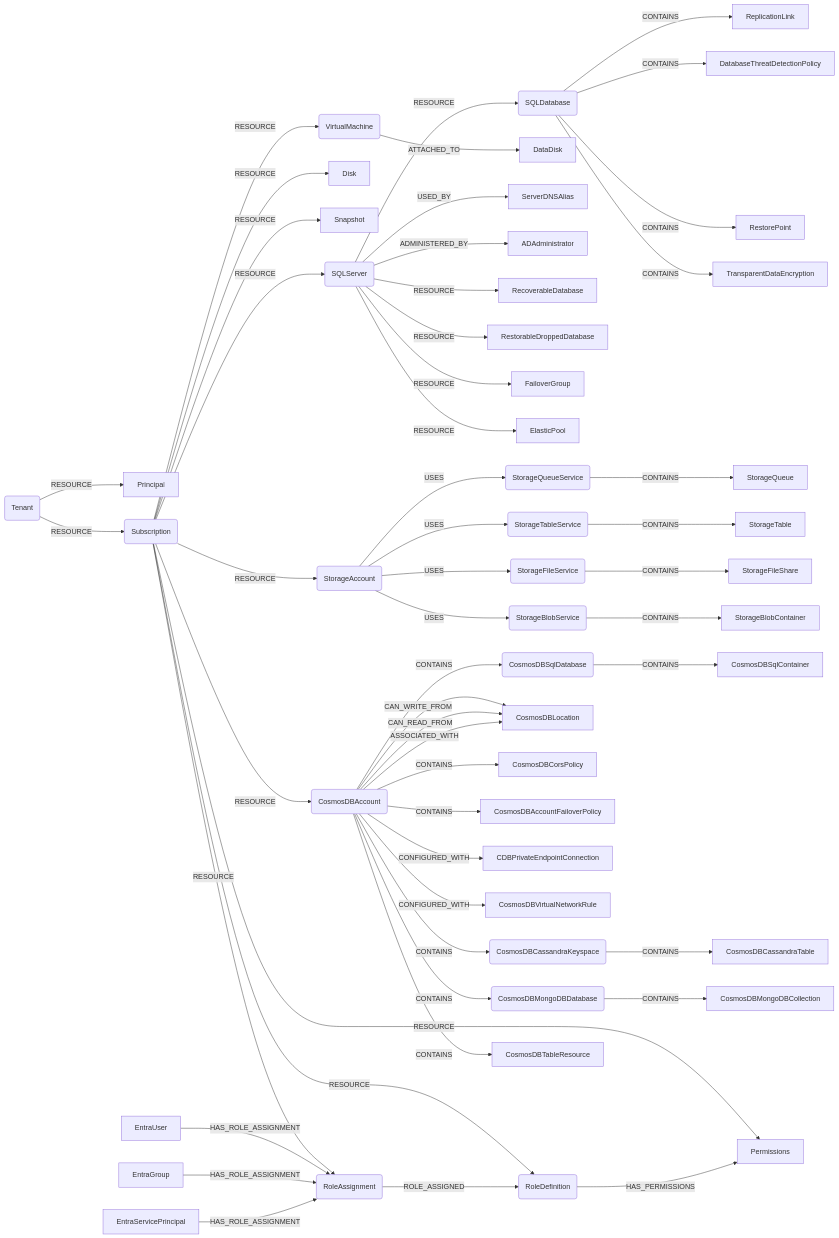
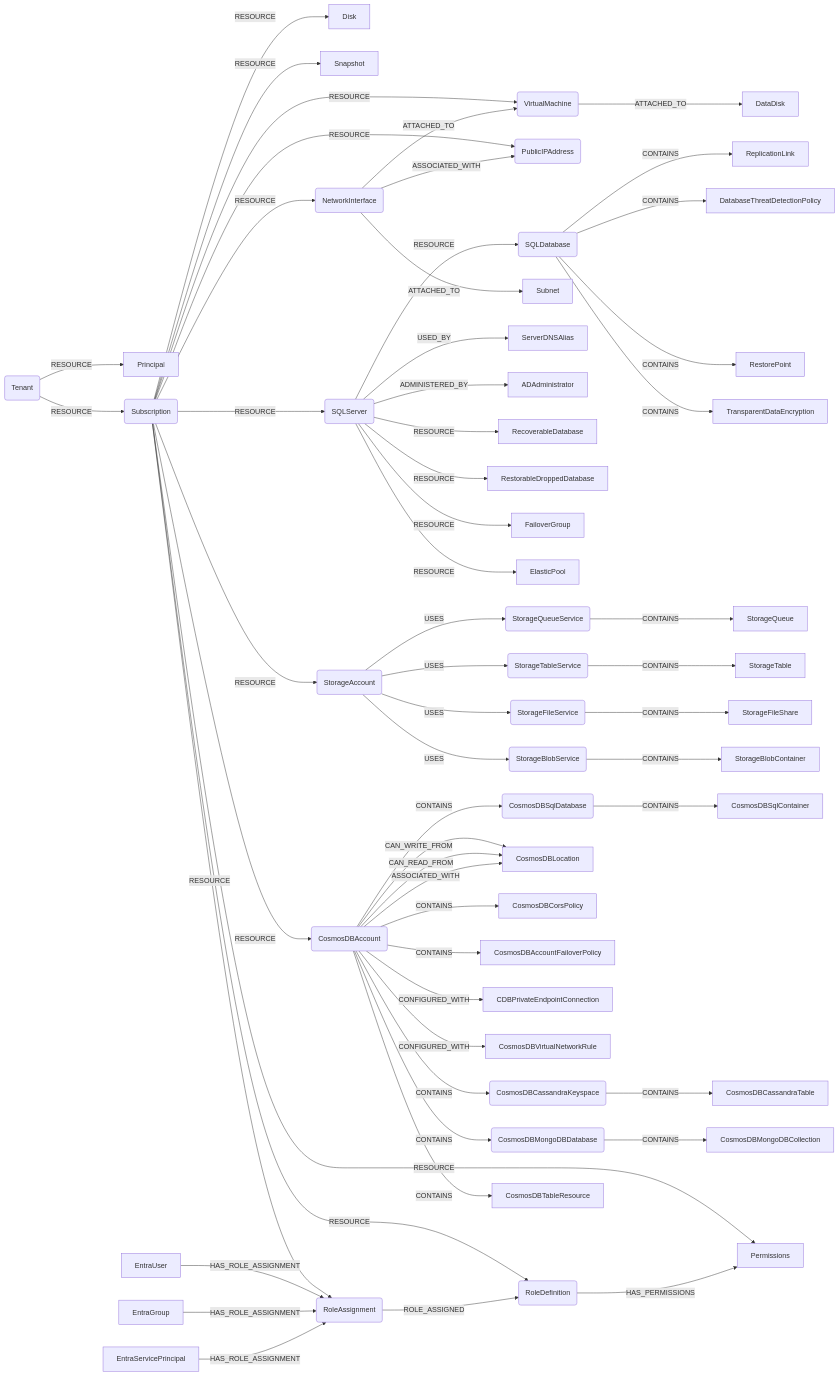
Before and after one commit to sec-js/cartography: the diagram in docs/root/modules/azure/schema.md, drawn with Mermaid. The commit also changed other lines of this file and 6 other files, not shown here.

First line of the commit message:
feat(azure): Add Azure network interface and public IP ingestion (#2144)

````diff
--- a/docs/root/modules/azure/schema.md
+++ b/docs/root/modules/azure/schema.md
@@ -3,53 +3,58 @@
 ```mermaid
 graph LR
 T(Tenant) -- RESOURCE --> Principal
 T -- RESOURCE --> S(Subscription)
 S -- RESOURCE --> VM(VirtualMachine)
 S -- RESOURCE --> Disk
 S -- RESOURCE --> Snapshot
 S -- RESOURCE --> SQL(SQLServer)
 S -- RESOURCE --> SA(StorageAccount)
 S -- RESOURCE --> CA(CosmosDBAccount)
+S -- RESOURCE --> NIC(NetworkInterface)
+S -- RESOURCE --> PIP(PublicIPAddress)
 S -- RESOURCE --> RA(RoleAssignment)
 S -- RESOURCE --> RD(RoleDefinition)
 S -- RESOURCE --> Permissions
 RA -- ROLE_ASSIGNED --> RD
 RD -- HAS_PERMISSIONS --> Permissions
 EntraUser -- HAS_ROLE_ASSIGNMENT --> RA
 EntraGroup -- HAS_ROLE_ASSIGNMENT --> RA
 EntraServicePrincipal -- HAS_ROLE_ASSIGNMENT --> RA
 VM -- ATTACHED_TO --> DataDisk
+NIC -- ATTACHED_TO --> VM
+NIC -- ATTACHED_TO --> Subnet
+NIC -- ASSOCIATED_WITH --> PIP
 SQL -- USED_BY --> ServerDNSAlias
 SQL -- ADMINISTERED_BY --> ADAdministrator
 SQL -- RESOURCE --> RecoverableDatabase
 SQL -- RESOURCE --> RestorableDroppedDatabase
 SQL -- RESOURCE --> FailoverGroup
 SQL -- RESOURCE --> ElasticPool
 SQL -- RESOURCE --> DB(SQLDatabase)
 DB -- CONTAINS --> ReplicationLink
 DB -- CONTAINS --> DatabaseThreatDetectionPolicy
 DB -- CONTAINS --> RestorePoint
 DB -- CONTAINS --> TransparentDataEncryption
 SA -- USES --> SQS(StorageQueueService)
 SA -- USES --> STS(StorageTableService)
 SA -- USES --> SFS(StorageFileService)
 SA -- USES --> SBS(StorageBlobService)
 SQS -- CONTAINS --> StorageQueue
 STS -- CONTAINS --> StorageTable
 SFS -- CONTAINS --> StorageFileShare
 SBS -- CONTAINS --> StorageBlobContainer
 CA -- CAN_WRITE_FROM --> CosmosDBLocation
 CA -- CAN_READ_FROM --> CosmosDBLocation
 CA -- ASSOCIATED_WITH --> CosmosDBLocation
 CA -- CONTAINS --> CosmosDBCorsPolicy
 CA -- CONTAINS --> CosmosDBAccountFailoverPolicy
 CA -- CONFIGURED_WITH --> CDBPrivateEndpointConnection
 CA -- CONFIGURED_WITH --> CosmosDBVirtualNetworkRule
 CA -- CONTAINS --> CSQL(CosmosDBSqlDatabase)
 CA -- CONTAINS --> CCA(CosmosDBCassandraKeyspace)
 CA -- CONTAINS --> CM(CosmosDBMongoDBDatabase)
 CA -- CONTAINS --> CosmosDBTableResource
 CSQL -- CONTAINS --> CosmosDBSqlContainer
 CCA -- CONTAINS --> CosmosDBCassandraTable
 CM -- CONTAINS --> CosmosDBMongoDBCollection
 ```
````
